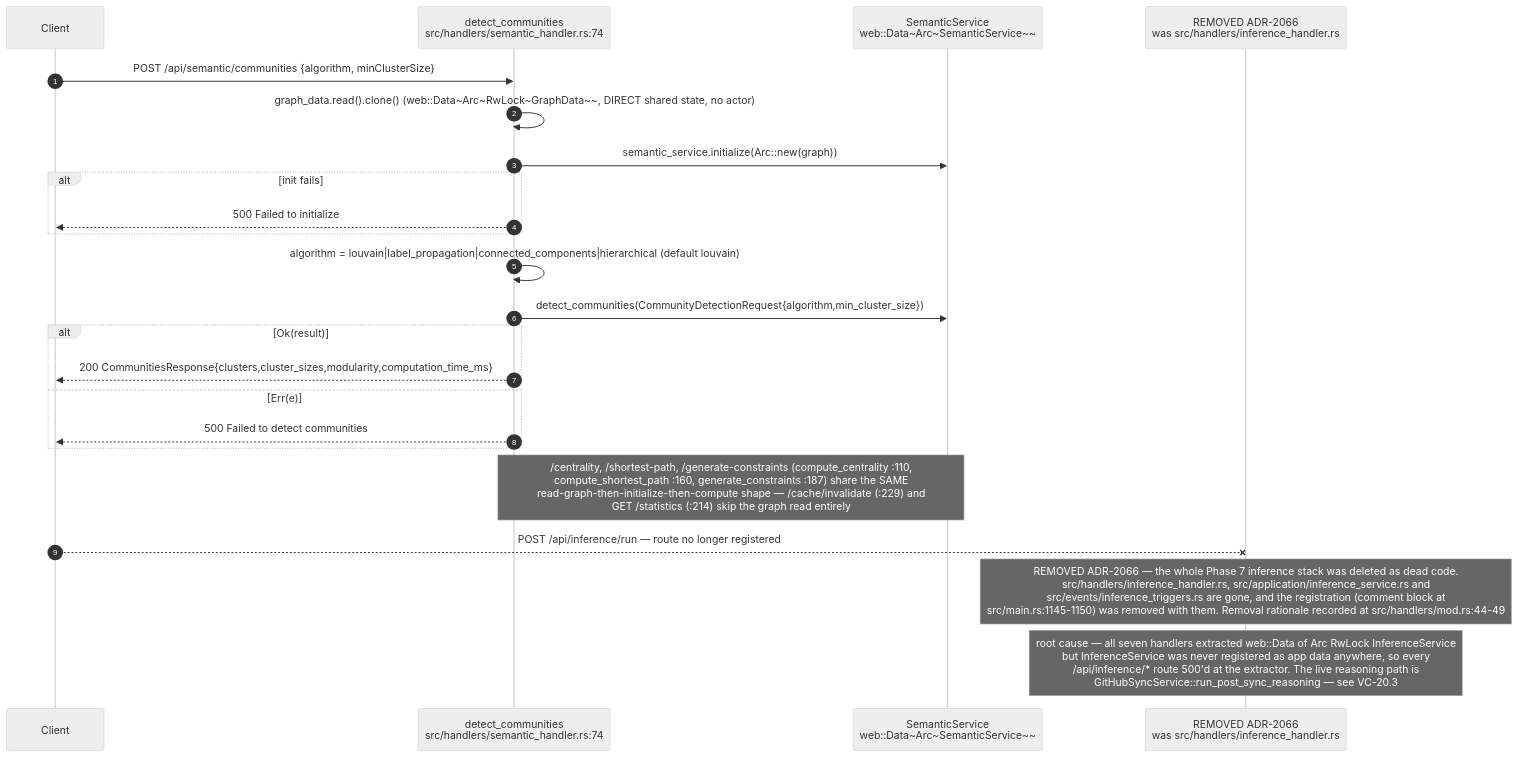
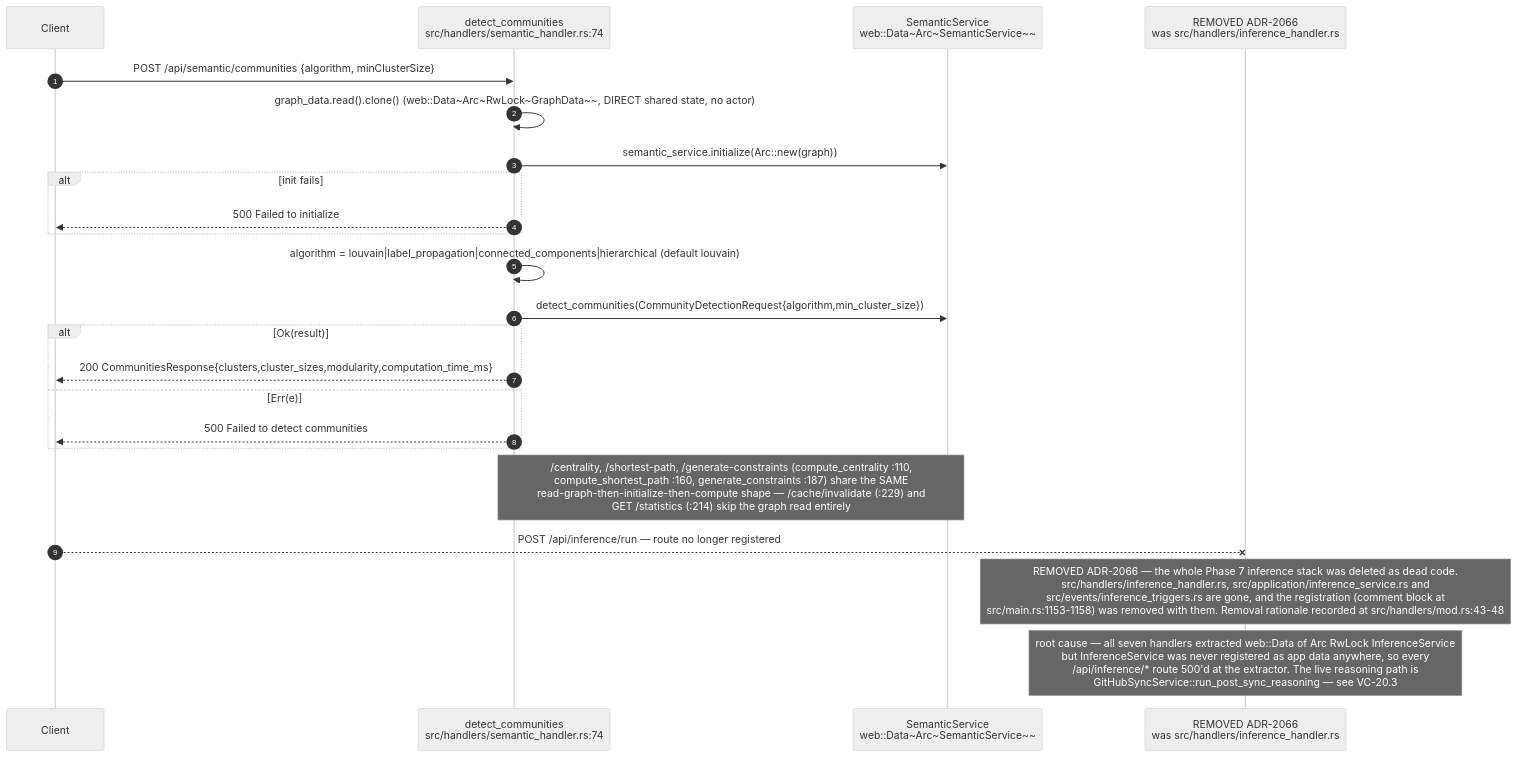
Diagram 18 of 23 in docs/diagrams/visionclaw/04-handlers-graph-and-state.md (DreamLab-AI/VisionFlow), drawn with Mermaid (neutral theme) before and after one commit. The commit also changed other lines of this file and 4 other files, not shown here.

Commit message:
docs(diagrams): visionclaw 01 and 04 after the graph_state_handler removal

````diff
--- a/docs/diagrams/visionclaw/04-handlers-graph-and-state.md
+++ b/docs/diagrams/visionclaw/04-handlers-graph-and-state.md
@@ -874,27 +840,27 @@
 ```mermaid
 sequenceDiagram
     autonumber
     participant C as Client
     participant DC as detect_communities<br/>src/handlers/semantic_handler.rs:74
     participant SEM as SemanticService<br/>web::Data~Arc~SemanticService~~
     participant RI as REMOVED ADR-2066<br/>was src/handlers/inference_handler.rs
 
     C->>DC: POST /api/semantic/communities {algorithm, minClusterSize}
     DC->>DC: graph_data.read().clone() (web::Data~Arc~RwLock~GraphData~~, DIRECT shared state, no actor)
     DC->>SEM: semantic_service.initialize(Arc::new(graph))
     alt init fails
         DC-->>C: 500 Failed to initialize
     end
     DC->>DC: algorithm = louvain|label_propagation|connected_components|hierarchical (default louvain)
     DC->>SEM: detect_communities(CommunityDetectionRequest{algorithm,min_cluster_size})
     alt Ok(result)
         DC-->>C: 200 CommunitiesResponse{clusters,cluster_sizes,modularity,computation_time_ms}
     else Err(e)
         DC-->>C: 500 Failed to detect communities
     end
     Note over DC,SEM: /centrality, /shortest-path, /generate-constraints (compute_centrality :110,<br/>compute_shortest_path :160, generate_constraints :187) share the SAME<br/>read-graph-then-initialize-then-compute shape — /cache/invalidate (:229) and<br/>GET /statistics (:214) skip the graph read entirely
 
 C--xRI: POST /api/inference/run — route no longer registered
-    Note over RI: REMOVED ADR-2066 — the whole Phase 7 inference stack was deleted as dead code.<br/>src/handlers/inference_handler.rs, src/application/inference_service.rs and<br/>src/events/inference_triggers.rs are gone, and the registration (comment block at<br/>src/main.rs:1145-1150) was removed with them. Removal rationale recorded at src/handlers/mod.rs:44-49
+    Note over RI: REMOVED ADR-2066 — the whole Phase 7 inference stack was deleted as dead code.<br/>src/handlers/inference_handler.rs, src/application/inference_service.rs and<br/>src/events/inference_triggers.rs are gone, and the registration (comment block at<br/>src/main.rs:1153-1158) was removed with them. Removal rationale recorded at src/handlers/mod.rs:43-48
     Note over RI: root cause — all seven handlers extracted web::Data of Arc RwLock InferenceService<br/>but InferenceService was never registered as app data anywhere, so every<br/>/api/inference/* route 500'd at the extractor. The live reasoning path is<br/>GitHubSyncService::run_post_sync_reasoning — see VC-20.3
 ```
````
